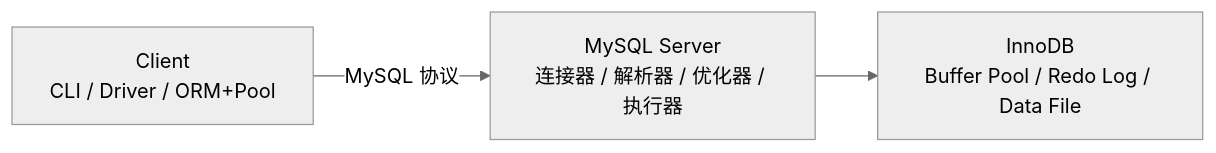
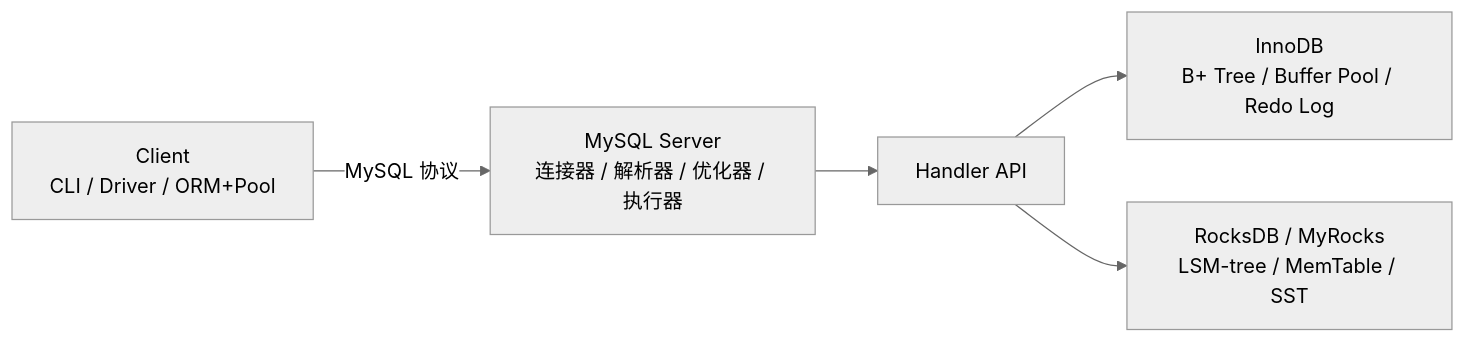
The first of 6 diagrams in Database/Mysql/ARCH/单机架构下的 SQL 链路.md (Zqzqsb/Blog), drawn with Mermaid (neutral theme) before and after one commit. The commit also changed other lines of this file and 1 other file, not shown here.

````diff
--- a/Database/Mysql/ARCH/单机架构下的 SQL 链路.md
+++ b/Database/Mysql/ARCH/单机架构下的 SQL 链路.md
@@ -19,9 +20,13 @@
 ```mermaid
 graph LR
     C[Client<br/>CLI / Driver / ORM+Pool]
     S[MySQL Server<br/>连接器 / 解析器 / 优化器 / 执行器]
-    E[InnoDB<br/>Buffer Pool / Redo Log / Data File]
+    H[Handler API]
+    IDB[InnoDB<br/>B+ Tree / Buffer Pool / Redo Log]
+    RDB[RocksDB / MyRocks<br/>LSM-tree / MemTable / SST]
 
     C -->|MySQL 协议| S
-    S --> E
+    S --> H
+    H --> IDB
+    H --> RDB
 ```
````
